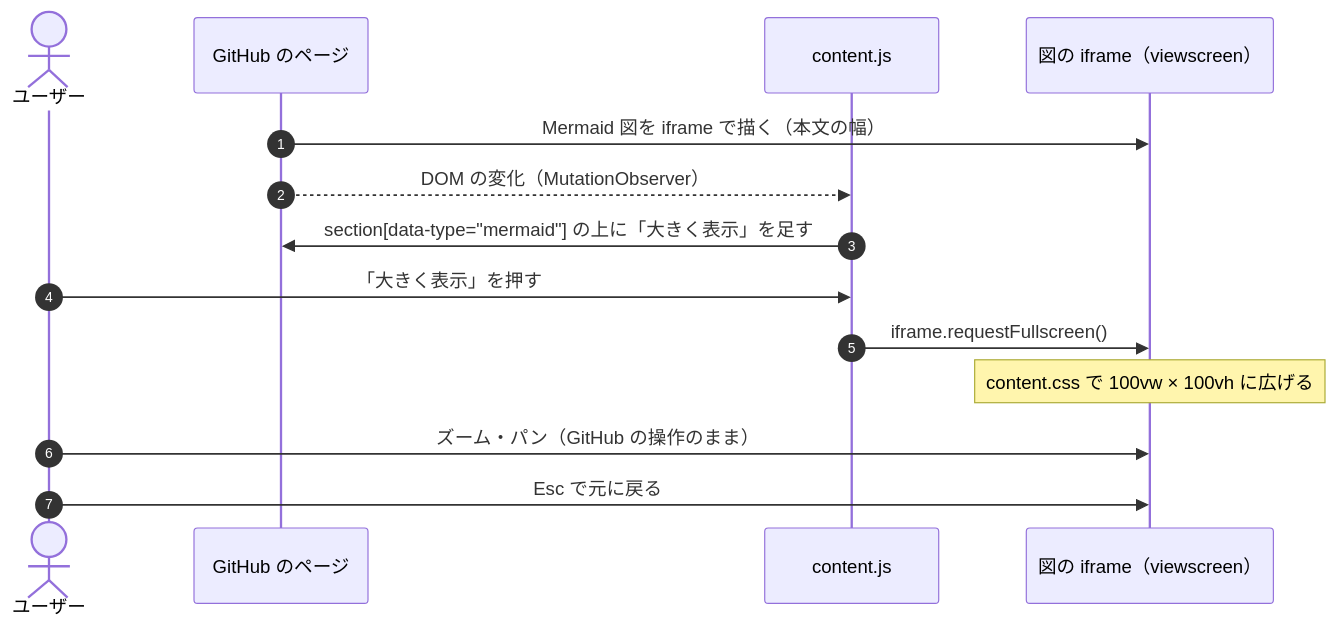
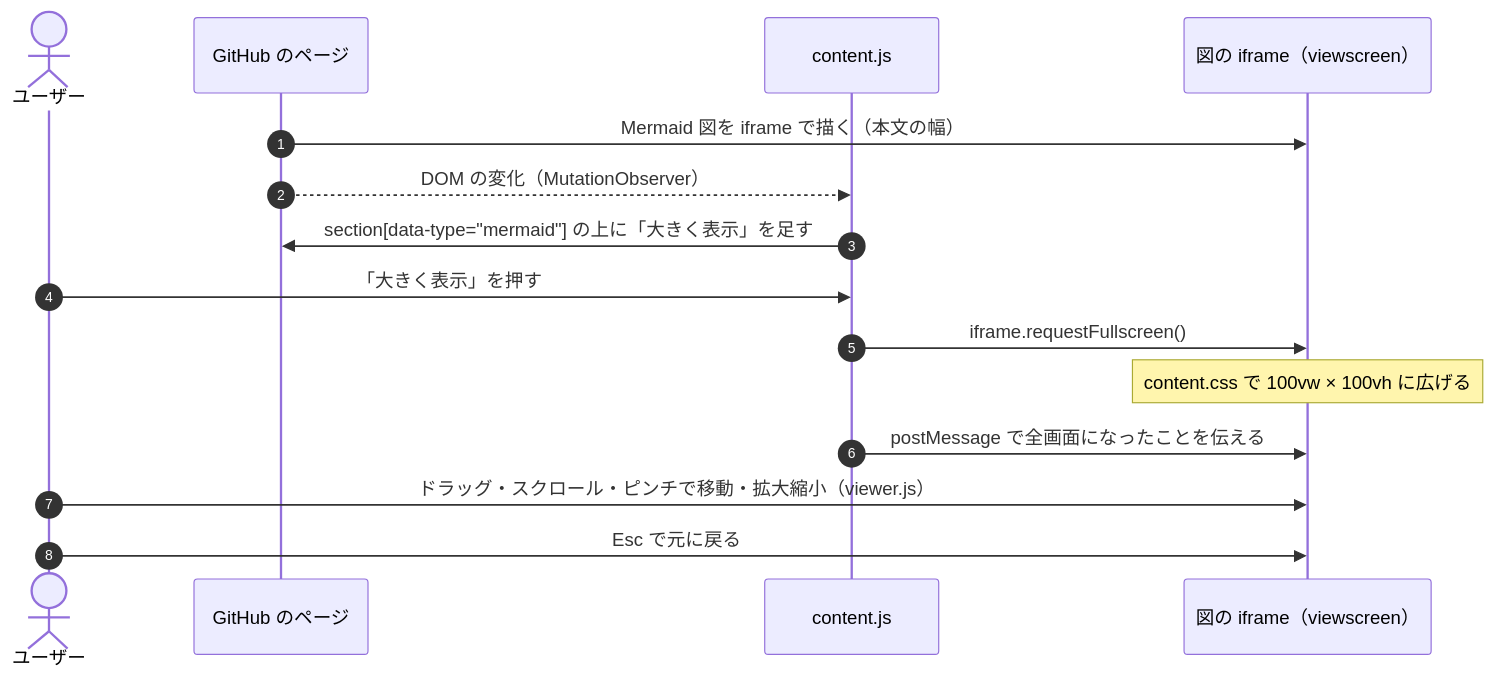
Before and after one commit to ryoheikudo/github-mermaid-wide: the diagram in README.md, drawn with Mermaid. The commit also changed other lines of this file and 4 other files, not shown here.

First line of the commit message:
全画面のあいだ、図をドラッグ・スクロール・ピンチで動かせるようにする

````diff
--- a/README.md
+++ b/README.md
@@ -29,17 +32,18 @@
 ```mermaid
 sequenceDiagram
   autonumber
   actor U as ユーザー
   participant P as GitHub のページ
   participant CS as content.js
   participant F as 図の iframe（viewscreen）
 
   P->>F: Mermaid 図を iframe で描く（本文の幅）
   P-->>CS: DOM の変化（MutationObserver）
   CS->>P: section[data-type="mermaid"] の上に「大きく表示」を足す
   U->>CS: 「大きく表示」を押す
   CS->>F: iframe.requestFullscreen()
   Note over F: content.css で 100vw × 100vh に広げる
-  U->>F: ズーム・パン（GitHub の操作のまま）
+  CS->>F: postMessage で全画面になったことを伝える
+  U->>F: ドラッグ・スクロール・ピンチで移動・拡大縮小（viewer.js）
   U->>F: Esc で元に戻る
 ```
````
